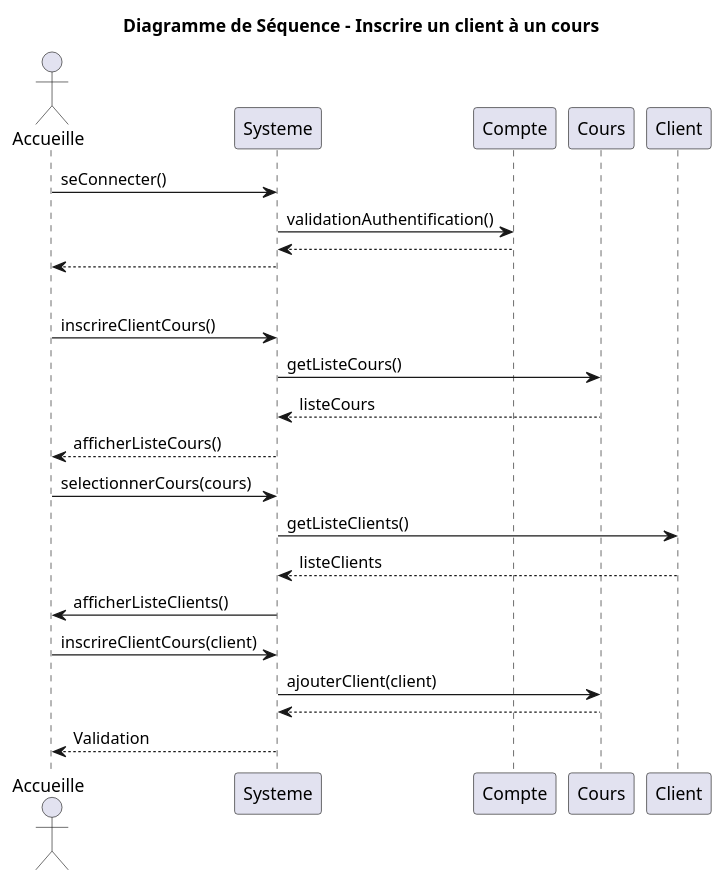
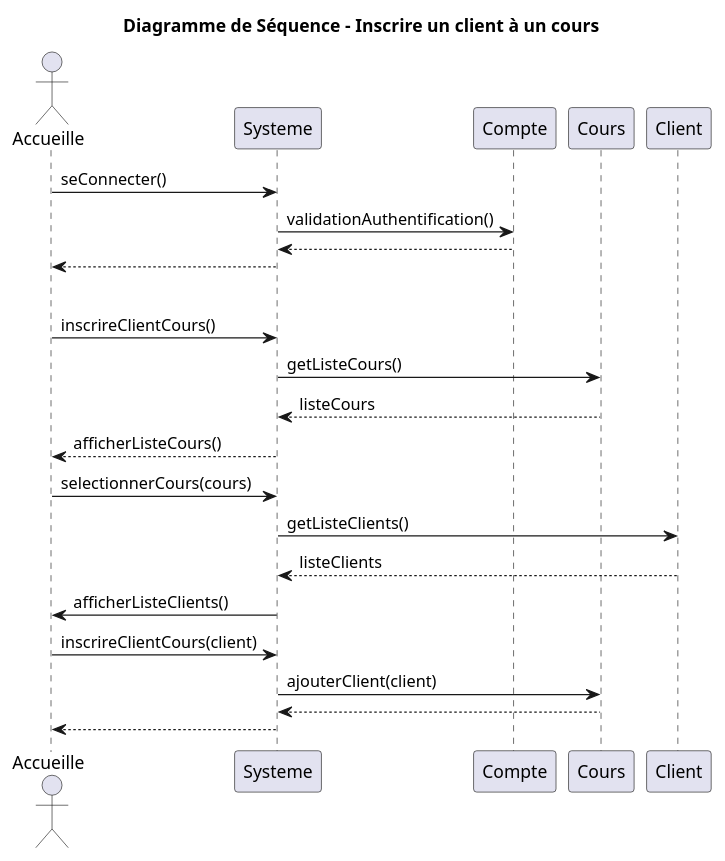
The diagram in UML/Diagramme_séquence_inscrire_client_cours.puml (Egario54/ProjetClubNautique), drawn with PlantUML before and after one commit. The commit also changed 13 other files, not shown here.

First line of the commit message:
Ajout du diagramme de classe

```diff
--- a/UML/Diagramme_séquence_inscrire_client_cours.puml
+++ b/UML/Diagramme_séquence_inscrire_client_cours.puml
@@ -1,31 +1,31 @@
 @startuml
 title Diagramme de Séquence - Inscrire un client à un cours
 actor Accueille
 participant Systeme
 participant Compte
 participant Cours
 participant Client
 
 'Connexion à un compte'
 Accueille -> Systeme: seConnecter()
 Systeme -> Compte: validationAuthentification()
 return
 Systeme --> Accueille
 
 'Séparation'
 |||
 
 'Inscrire un client à un cour par propriétaire et moniteur'
 Accueille -> Systeme: inscrireClientCours()
         Systeme -> Cours : getListeCours()
         Cours --> Systeme : listeCours
         Systeme --> Accueille : afficherListeCours()
         Accueille -> Systeme : selectionnerCours(cours)
         Systeme -> Client : getListeClients()
         Client --> Systeme : listeClients
         Systeme -> Accueille : afficherListeClients()
         Accueille -> Systeme : inscrireClientCours(client)
         Systeme -> Cours : ajouterClient(client)
         return
-        Systeme --> Accueille : Validation
+        Systeme --> Accueille
 @enduml
```
